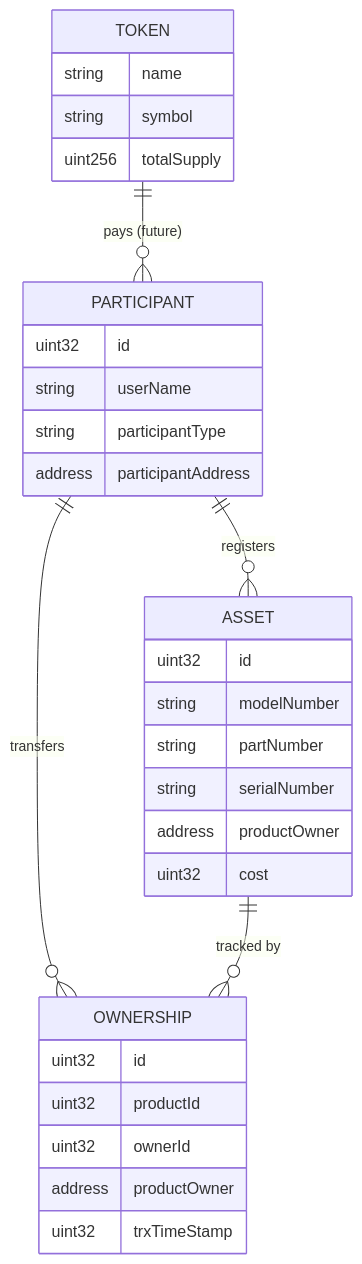
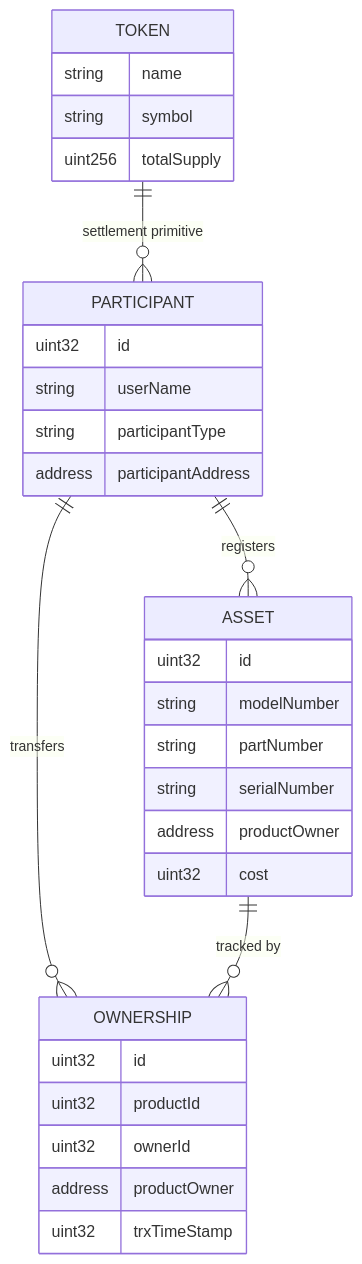
The diagram in README.md (mpaya5/SupplyChainSmartContract-dApp), drawn with Mermaid before and after one commit. The commit also changed other lines of this file and 32 other files, not shown here.

````diff
--- a/README.md
+++ b/README.md
@@ -9,37 +9,37 @@
 ```mermaid
 erDiagram
     PARTICIPANT ||--o{ OWNERSHIP : "transfers"
     ASSET ||--o{ OWNERSHIP : "tracked by"
     PARTICIPANT ||--o{ ASSET : "registers"
-    TOKEN ||--o{ PARTICIPANT : "pays (future)"
+    TOKEN ||--o{ PARTICIPANT : "settlement primitive"
 
     PARTICIPANT {
         uint32 id
         string userName
         string participantType
         address participantAddress
     }
 
     ASSET {
         uint32 id
         string modelNumber
         string partNumber
         string serialNumber
         address productOwner
         uint32 cost
     }
 
     OWNERSHIP {
         uint32 id
         uint32 productId
         uint32 ownerId
         address productOwner
         uint32 trxTimeStamp
     }
 
     TOKEN {
         string name
         string symbol
         uint256 totalSupply
     }
 ```
````
